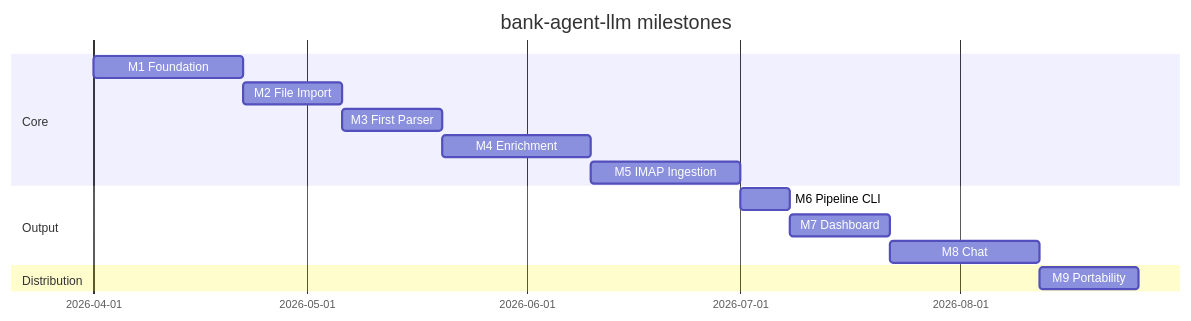
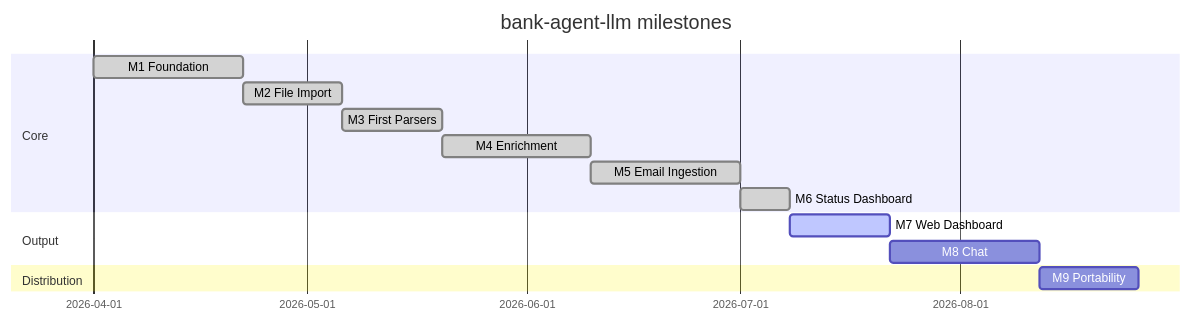
One commit to JuanLara18/bank-agent-llm changed the diagram in docs/roadmap.md. Above: the diagram before and after it, drawn with Mermaid. The commit also changed other lines of this file and 3 other files, not shown here.

Commit message:
docs: update CLAUDE.md and roadmap to reflect M1-M6 complete state

````diff
--- a/docs/roadmap.md
+++ b/docs/roadmap.md
@@ -5,17 +5,17 @@
 ```mermaid
 gantt
     title bank-agent-llm milestones
     dateFormat YYYY-MM
     section Core
-    M1 Foundation       :m1, 2026-04, 3w
-    M2 File Import      :m2, after m1, 2w
-    M3 First Parser     :m3, after m2, 2w
-    M4 Enrichment       :m4, after m3, 3w
-    M5 IMAP Ingestion   :m5, after m4, 3w
+    M1 Foundation       :done, m1, 2026-04, 3w
+    M2 File Import      :done, m2, after m1, 2w
+    M3 First Parsers    :done, m3, after m2, 2w
+    M4 Enrichment       :done, m4, after m3, 3w
+    M5 Email Ingestion  :done, m5, after m4, 3w
+    M6 Status Dashboard :done, m6, after m5, 1w
     section Output
-    M6 Pipeline CLI     :m6, after m5, 1w
-    M7 Dashboard        :m7, after m6, 2w
+    M7 Web Dashboard    :active, m7, after m6, 2w
     M8 Chat             :m8, after m7, 3w
     section Distribution
     M9 Portability      :m9, after m8, 2w
 ```
````
